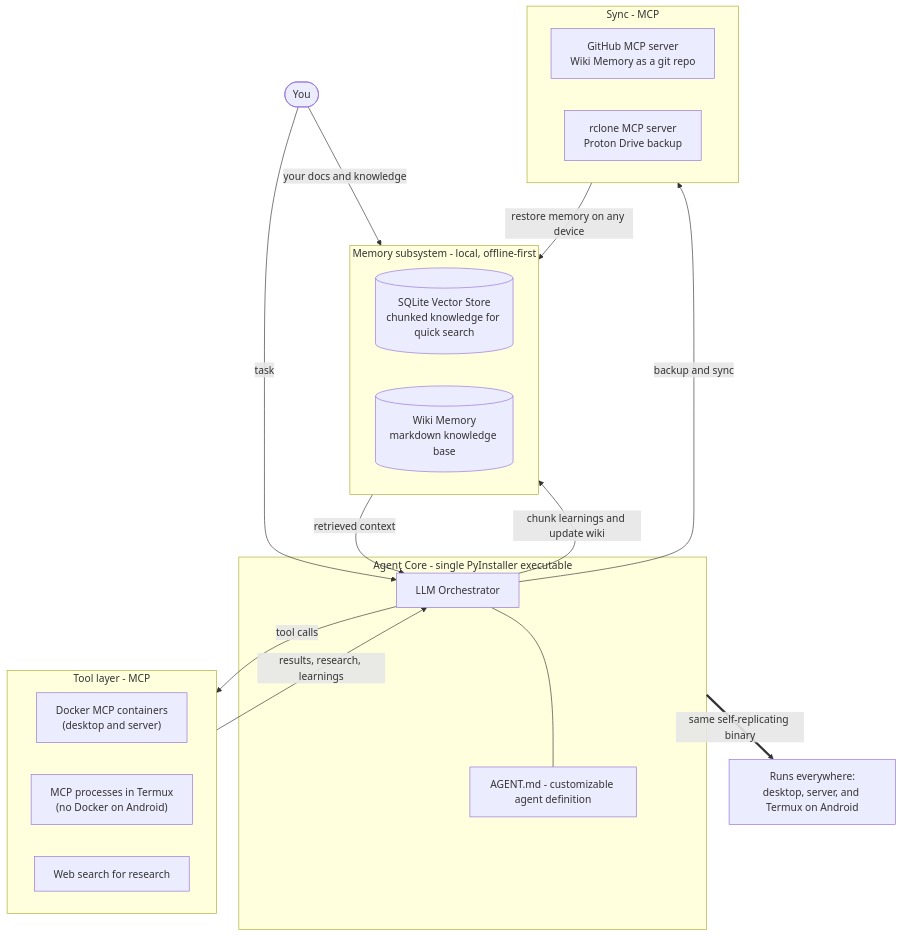
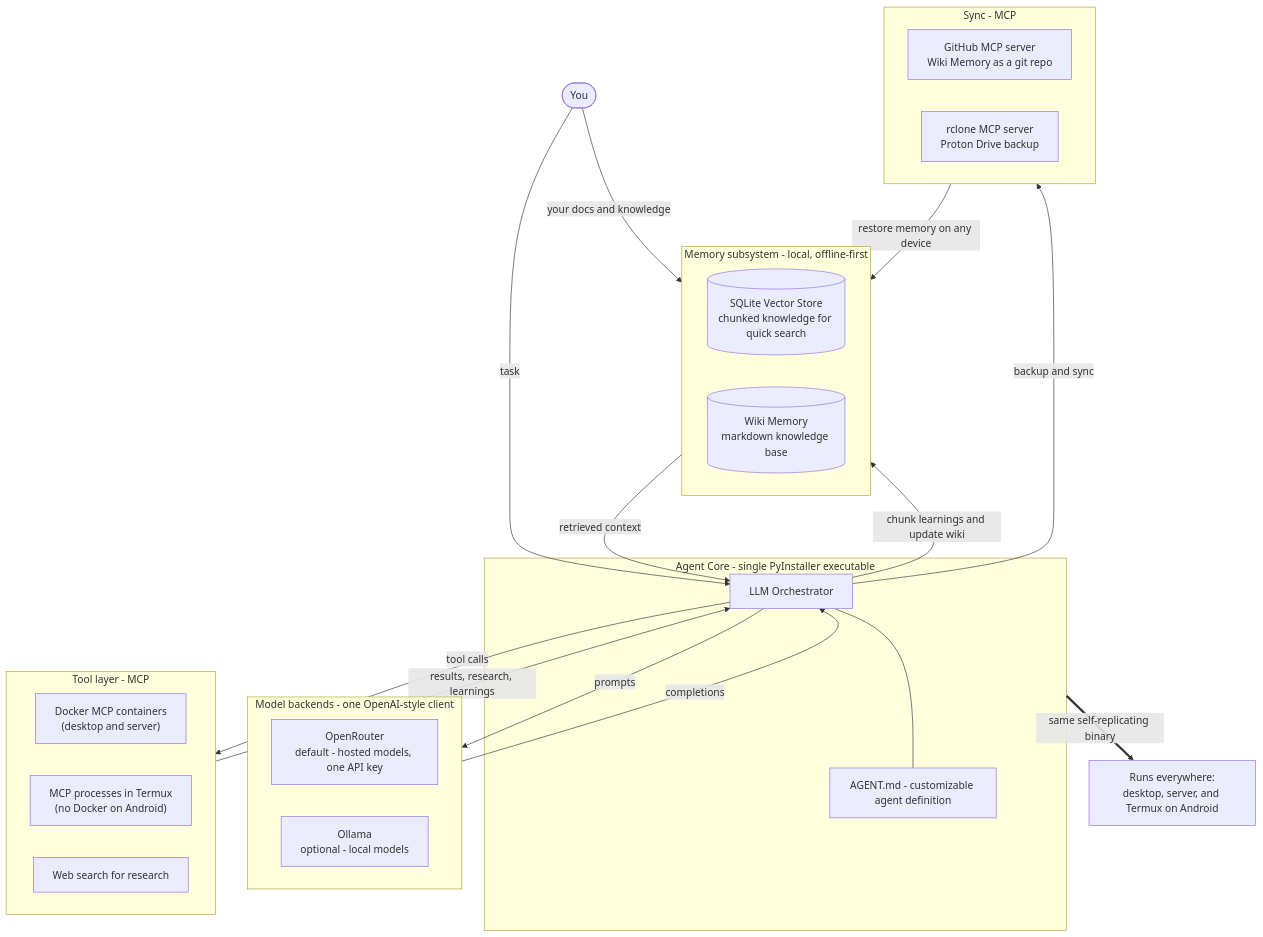
The diagram in README.md (decyphertek-io/DeCypherTek.ai), drawn with Mermaid before and after one commit. The commit also changed other lines of this file, not shown here.

Commit message:
docs: add model layer - OpenRouter by default, optional Ollama for local models

````diff
--- a/README.md
+++ b/README.md
@@ -37,34 +39,41 @@
 ```mermaid
 flowchart TB
     subgraph Core["Agent Core - single PyInstaller executable"]
         Orchestrator["LLM Orchestrator"]
         AgentDef["AGENT.md - customizable agent definition"]
         Orchestrator --- AgentDef
     end
 
     subgraph Memory["Memory subsystem - local, offline-first"]
         Vector[("SQLite Vector Store<br/>chunked knowledge for quick search")]
         Wiki[("Wiki Memory<br/>markdown knowledge base")]
+    end
+
+    subgraph Models["Model backends - one OpenAI-style client"]
+        OpenRouter["OpenRouter<br/>default - hosted models, one API key"]
+        Ollama["Ollama<br/>optional - local models"]
     end
 
     subgraph Tools["Tool layer - MCP"]
         Docker["Docker MCP containers<br/>(desktop and server)"]
         Native["MCP processes in Termux<br/>(no Docker on Android)"]
         Web["Web search for research"]
     end
 
     subgraph Sync["Sync - MCP"]
         Ghsync["GitHub MCP server<br/>Wiki Memory as a git repo"]
         Rclone["rclone MCP server<br/>Proton Drive backup"]
     end
 
     You([You]) -->|task| Orchestrator
     You -->|your docs and knowledge| Memory
     Memory -->|retrieved context| Orchestrator
     Orchestrator -->|chunk learnings and update wiki| Memory
+    Orchestrator -->|prompts| Models
+    Models -->|completions| Orchestrator
     Orchestrator -->|tool calls| Tools
     Tools -->|results, research, learnings| Orchestrator
     Orchestrator -->|backup and sync| Sync
     Sync -->|restore memory on any device| Memory
     Core ==>|same self-replicating binary| Deploy["Runs everywhere:<br/>desktop, server, and Termux on Android"]
 ```
````
